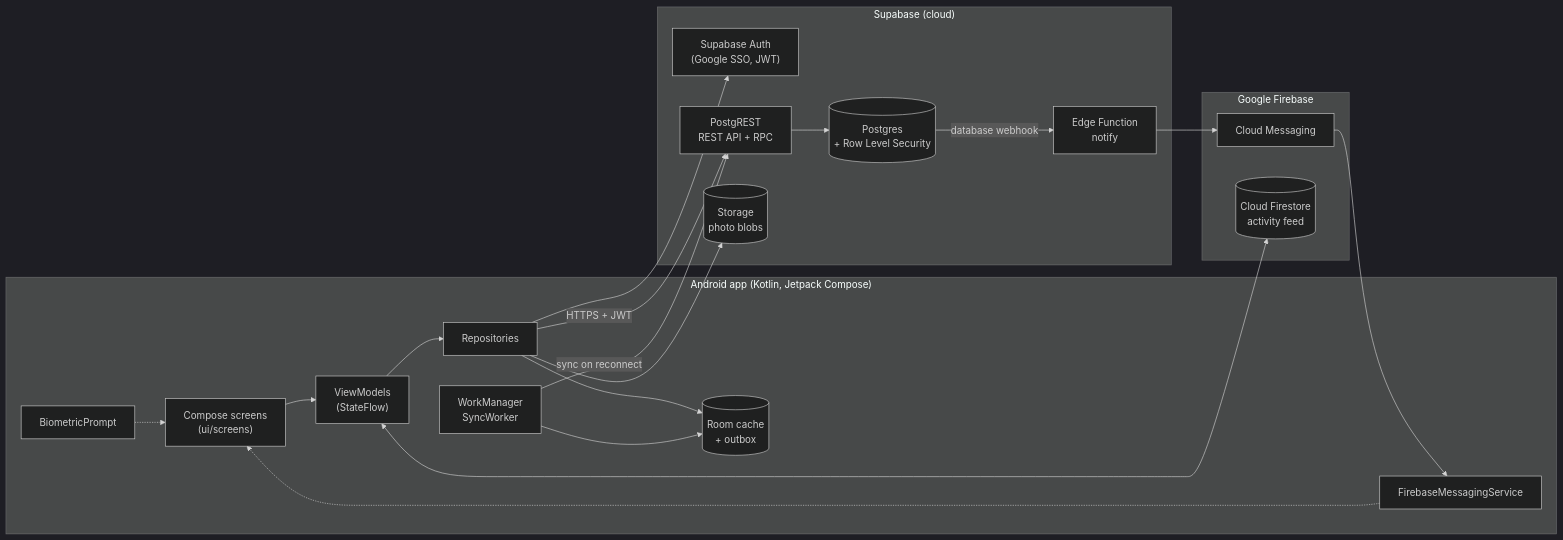
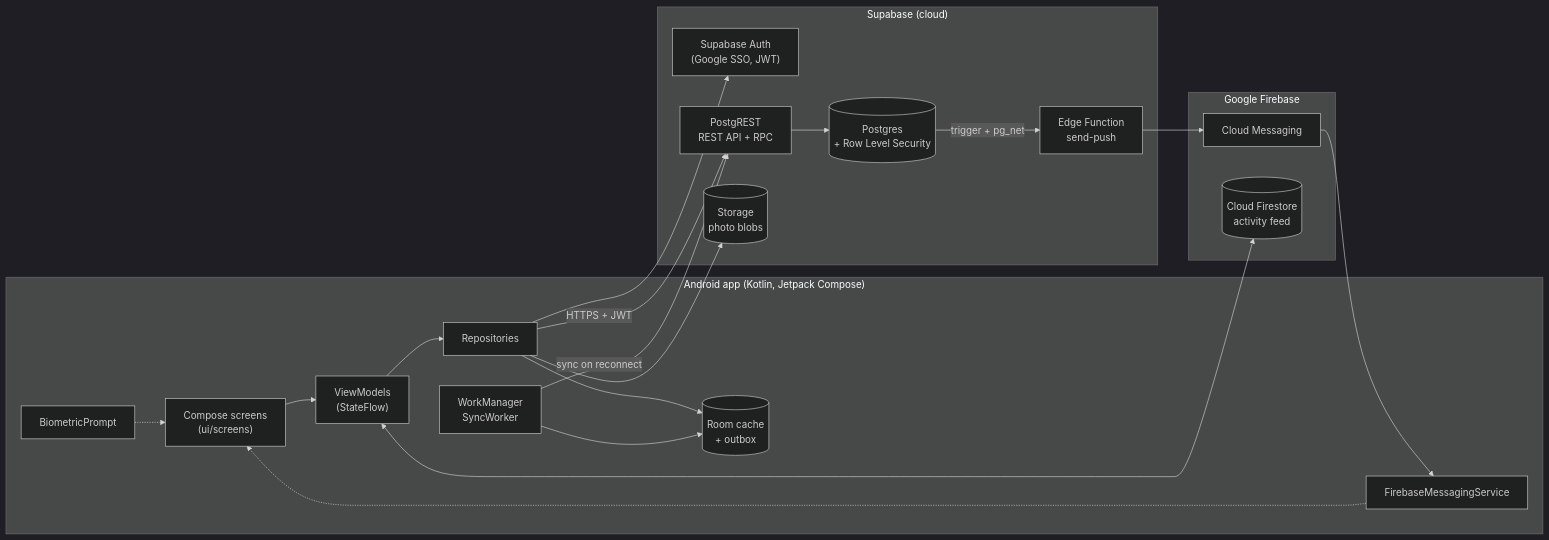
One commit to ST10450618/RentMate changed the first of 2 diagrams in README.md. Above: the diagram before and after it, drawn with Mermaid (dark theme). The commit also changed other lines of this file and 1 other file, not shown here.

````diff
--- a/README.md
+++ b/README.md
@@ -183,33 +183,33 @@
 ```mermaid
 flowchart LR
     subgraph Device["Android app (Kotlin, Jetpack Compose)"]
         UI["Compose screens<br/>(ui/screens)"] --> VM["ViewModels<br/>(StateFlow)"]
         VM --> Repo["Repositories"]
         Repo --> Room[("Room cache<br/>+ outbox")]
         Worker["WorkManager<br/>SyncWorker"] --> Room
         Bio["BiometricPrompt"] -.-> UI
         FCMc["FirebaseMessagingService"] -.-> UI
     end
 
     subgraph Supabase["Supabase (cloud)"]
         Auth["Supabase Auth<br/>(Google SSO, JWT)"]
         Rest["PostgREST<br/>REST API + RPC"]
         PG[("Postgres<br/>+ Row Level Security")]
         Store[("Storage<br/>photo blobs")]
-        Edge["Edge Function<br/>notify"]
+        Edge["Edge Function<br/>send-push"]
         Rest --> PG
-        PG -- "database webhook" --> Edge
+        PG -- "trigger + pg_net" --> Edge
     end
 
     subgraph Firebase["Google Firebase"]
         FCM["Cloud Messaging"]
         FS[("Cloud Firestore<br/>activity feed")]
     end
 
     Repo -- "HTTPS + JWT" --> Rest
     Repo --> Auth
     Repo --> Store
     Worker -- "sync on reconnect" --> Rest
     Edge --> FCM --> FCMc
     VM <--> FS
 ```
````
